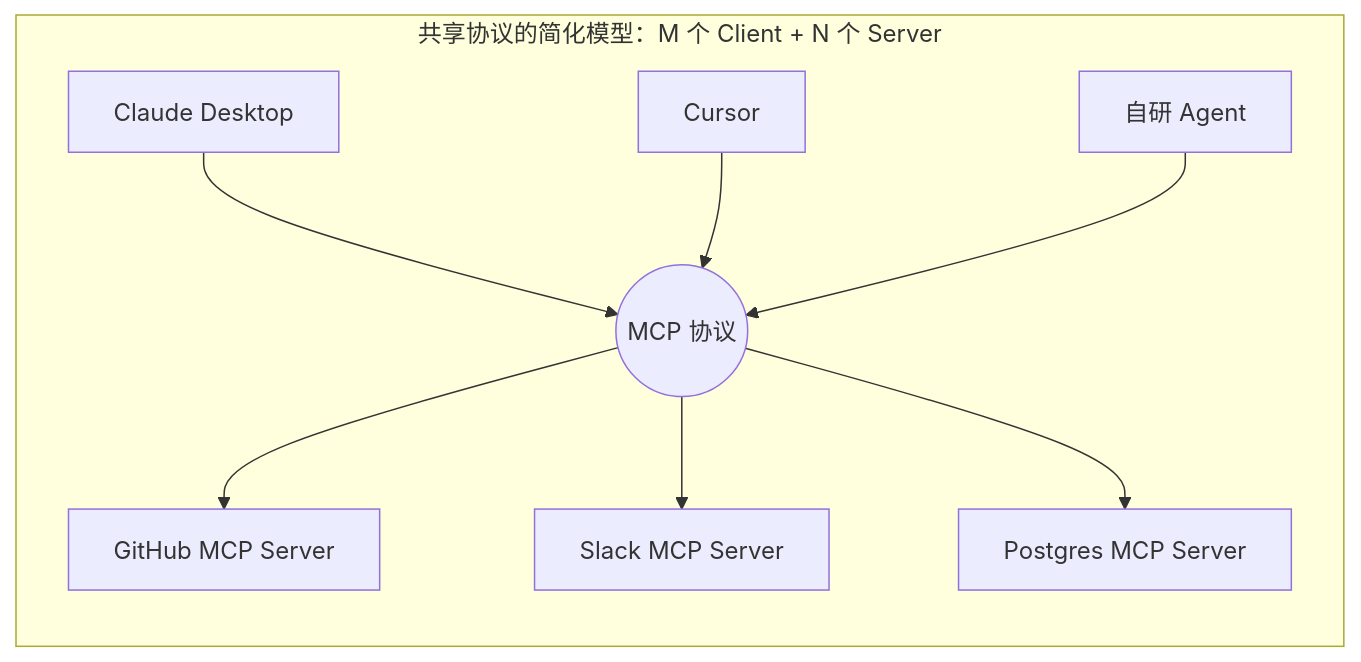
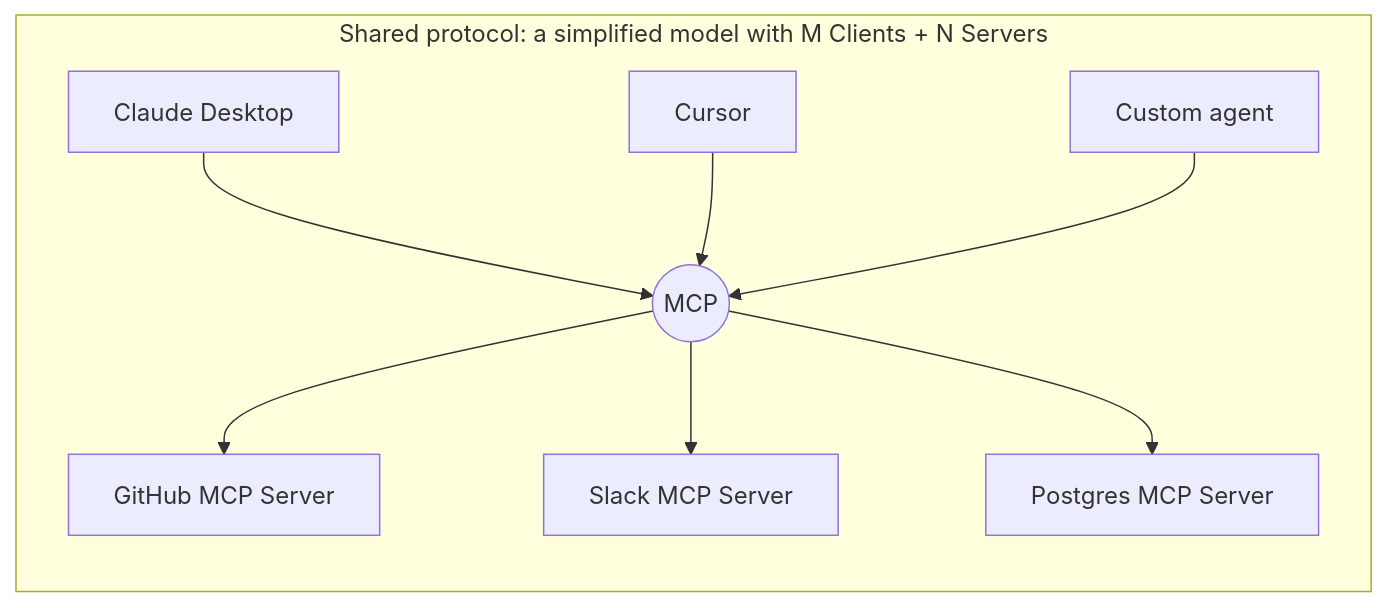
Before and after one commit to oneleaveknowsthefall/awesome-ai-roadmap: the second of 3 diagrams in docs/tools/02-mcp/04-what-is-mcp.md, drawn with Mermaid. The commit also changed other lines of this file and 42 other files, not shown here.

````diff
--- a/docs/tools/02-mcp/04-what-is-mcp.md
+++ b/docs/tools/02-mcp/04-what-is-mcp.md
@@ -55,11 +55,11 @@
 ```mermaid
 flowchart LR
-    subgraph AFTER["共享协议的简化模型：M 个 Client + N 个 Server"]
-        A1[Claude Desktop] --> P((MCP 协议))
+    subgraph AFTER["Shared protocol: a simplified model with M Clients + N Servers"]
+        A1[Claude Desktop] --> P((MCP))
         A2[Cursor] --> P
-        A3[自研 Agent] --> P
+        A3[Custom agent] --> P
         P --> S1[GitHub MCP Server]
         P --> S2[Slack MCP Server]
         P --> S3[Postgres MCP Server]
     end
 ```
````
